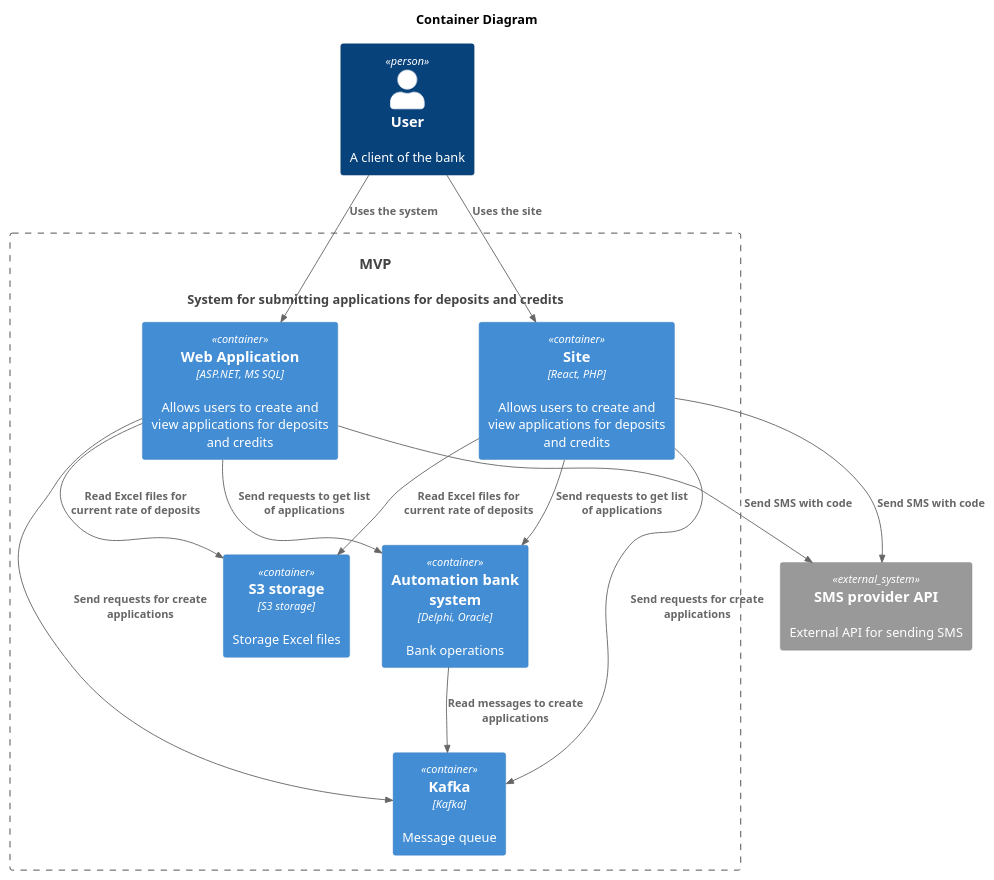
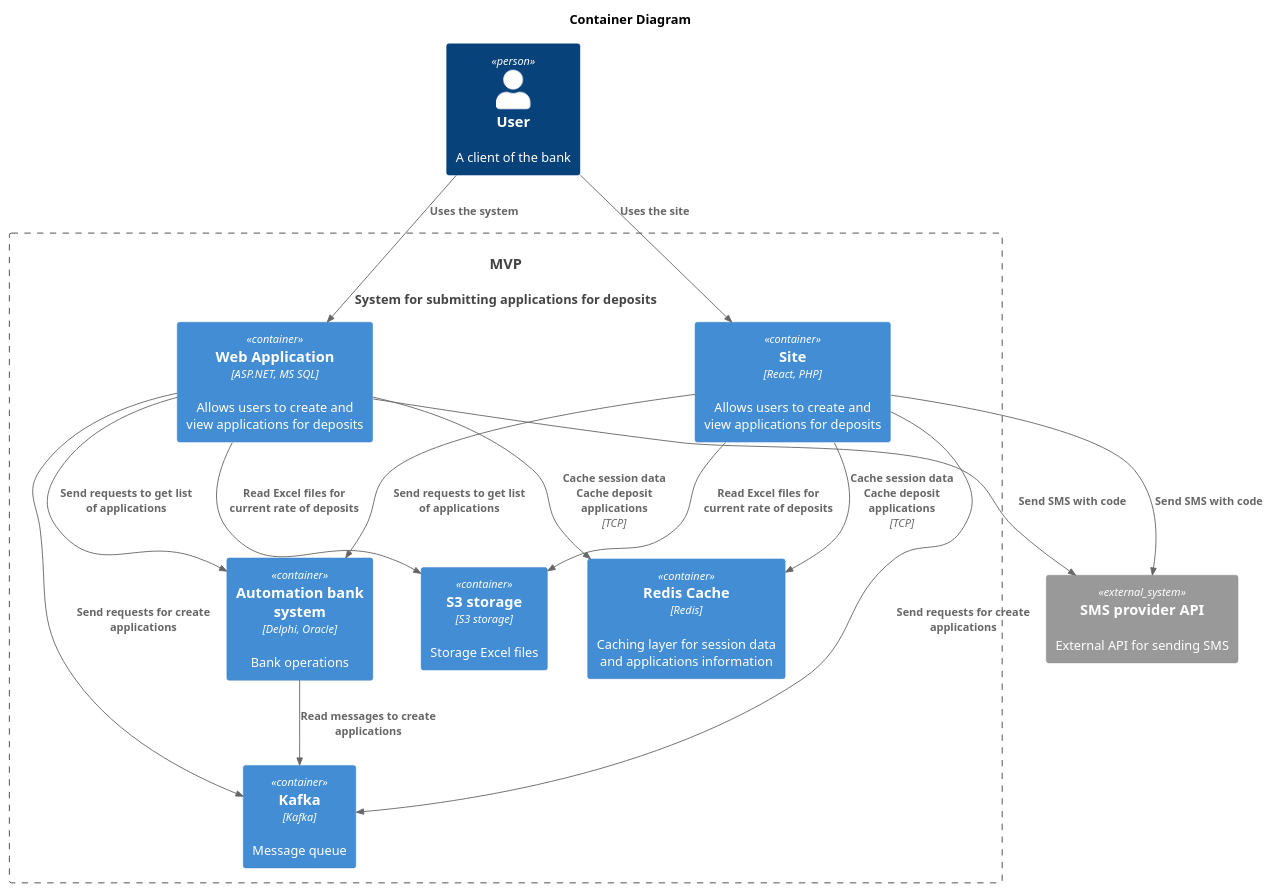
Before and after one commit to AIofHuman/architecture-standart: the diagram in task3/Container.puml, drawn with PlantUML. The commit also changed 10 other files, not shown here.

```diff
--- a/task3/Container.puml
+++ b/task3/Container.puml
@@ -1,37 +1,41 @@
 @startuml
 title Container Diagram
 
 top to bottom direction
 
 !includeurl https://raw.githubusercontent.com/RicardoNiepel/C4-PlantUML/master/C4_Component.puml
 
 Person(user, "User", "A client of the bank")
 
-System(IT_System, "MVP", "System for submitting applications for deposits and credits")
+System(IT_System, "MVP", "System for submitting applications for deposits")
 
-Container_Boundary(IT_System, "FitLife System") {
-  Container(WebApp, "Web Application", "ASP.NET, MS SQL", "Allows users to create and view applications for deposits and credits")
-  Container(Site, "Site", "React, PHP", "Allows users to create and view applications for deposits and credits")
+Container_Boundary(IT_System, "Bank Standart System") {
+  Container(WebApp, "Web Application", "ASP.NET, MS SQL", "Allows users to create and view applications for deposits")
+  Container(Site, "Site", "React, PHP", "Allows users to create and view applications for deposits")
   Container(ABS, "Automation bank system", "Delphi, Oracle", "Bank operations")
   Container(S3, "S3 storage", "S3 storage", "Storage Excel files")
   Container(Kafka, "Kafka", "Kafka", "Message queue")
+  Container(Redis, "Redis Cache", "Redis", "Caching layer for session data and applications information")
 }
 
 System_Ext(api, "SMS provider API", "External API for sending SMS")
 
 Rel(user, WebApp, "Uses the system")
 Rel(user, Site, "Uses the site")
 
 Rel(WebApp, Kafka, "Send requests for create applications")
 Rel(WebApp, S3, "Read Excel files for current rate of deposits")
 Rel(Site, S3, "Read Excel files for current rate of deposits")
 Rel(WebApp, ABS, "Send requests to get list of applications")
 
 Rel(Site, Kafka, "Send requests for create applications")
 Rel(Site, ABS, "Send requests to get list of applications")
 
 Rel(ABS, Kafka, "Read messages to create applications")
 
 Rel(WebApp,api,"Send SMS with code")
 Rel(Site,api,"Send SMS with code")
+
+Rel(WebApp, Redis, "Cache session data\nCache deposit applications", "TCP")
+Rel(Site, Redis, "Cache session data\nCache deposit applications", "TCP")
 @enduml
```
